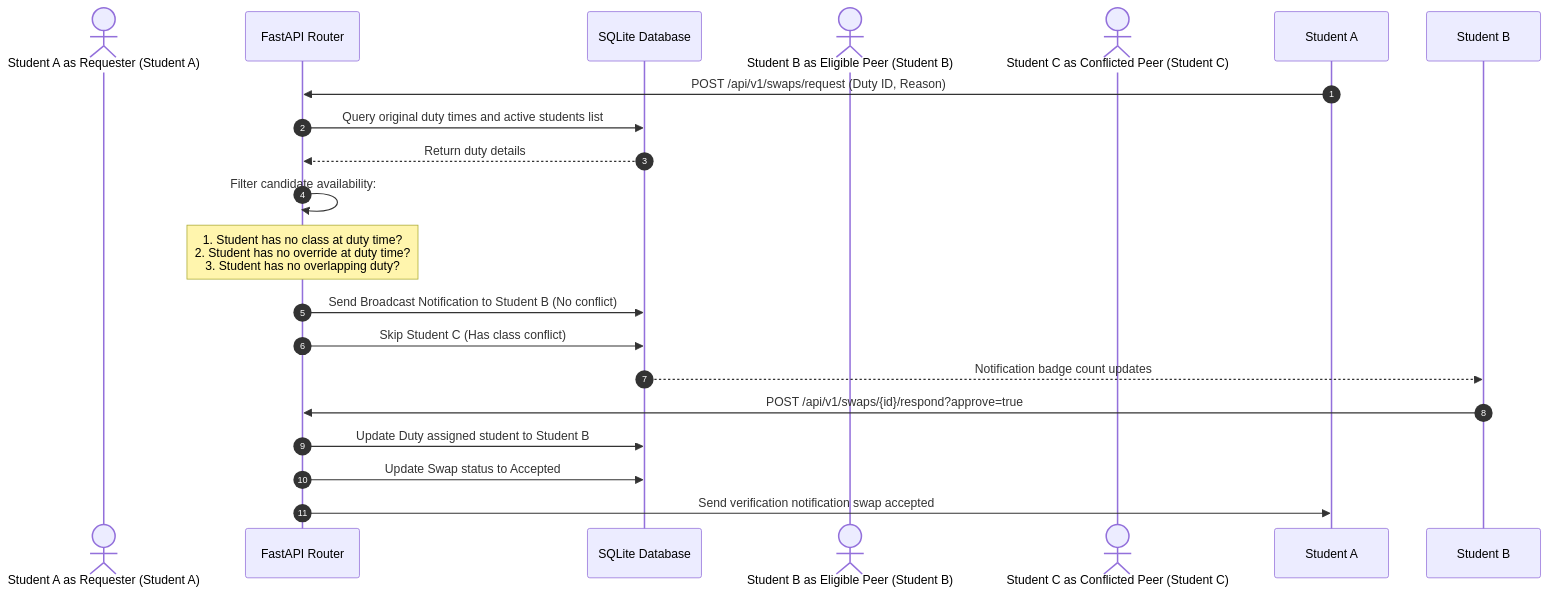
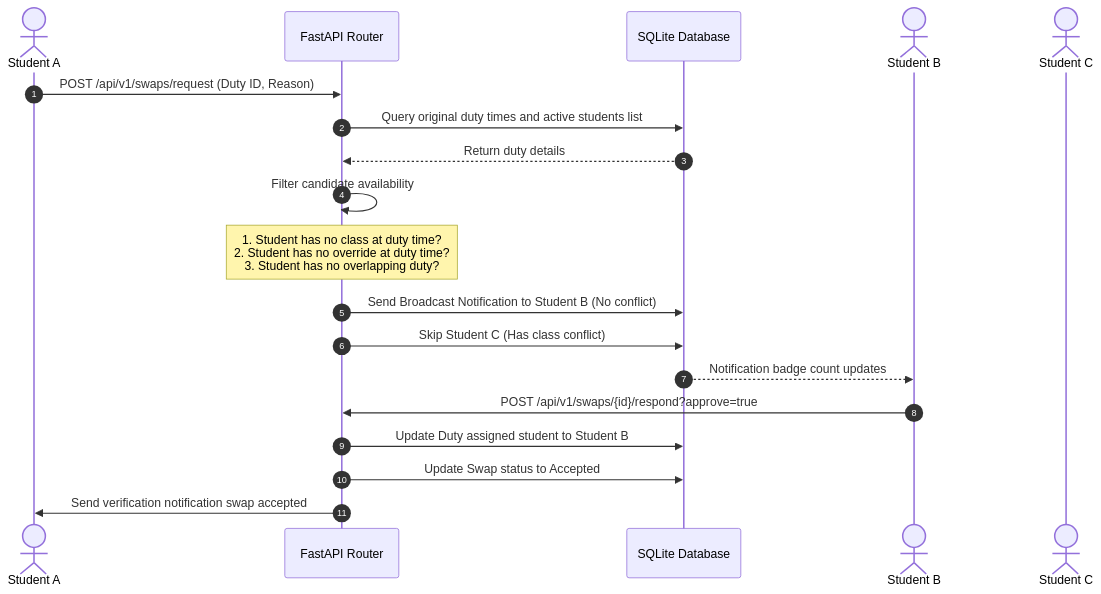
One commit to zaid-fahad/CSE451-SoftwareEngineering-SoDManagementSystem changed the fourth of 4 diagrams in docs/29-agile-project-plan-and-architecture.md. Above: the diagram before and after it, drawn with Mermaid. The commit also changed other lines of this file, not shown here.

Commit message:
docs: fix Mermaid syntax in 29-agile-project-plan-and-architecture.md

````diff
--- a/docs/29-agile-project-plan-and-architecture.md
+++ b/docs/29-agile-project-plan-and-architecture.md
@@ -139,22 +139,22 @@
 ```mermaid
 sequenceDiagram
     autonumber
-    actor Student A as Requester (Student A)
+    actor A as Student A
     participant API as FastAPI Router
     participant DB as SQLite Database
-    actor Student B as Eligible Peer (Student B)
-    actor Student C as Conflicted Peer (Student C)
+    actor B as Student B
+    actor C as Student C
 
-    Student A->>API: POST /api/v1/swaps/request (Duty ID, Reason)
+    A->>API: POST /api/v1/swaps/request (Duty ID, Reason)
     API->>DB: Query original duty times and active students list
     DB-->>API: Return duty details
-    API->>API: Filter candidate availability:
+    API->>API: Filter candidate availability
     Note over API: 1. Student has no class at duty time?<br/>2. Student has no override at duty time?<br/>3. Student has no overlapping duty?
     API->>DB: Send Broadcast Notification to Student B (No conflict)
     API->>DB: Skip Student C (Has class conflict)
-    DB-->>Student B: Notification badge count updates
-    Student B->>API: POST /api/v1/swaps/{id}/respond?approve=true
+    DB-->>B: Notification badge count updates
+    B->>API: POST /api/v1/swaps/{id}/respond?approve=true
     API->>DB: Update Duty assigned student to Student B
     API->>DB: Update Swap status to Accepted
-    API->>Student A: Send verification notification swap accepted
+    API->>A: Send verification notification swap accepted
 ```
````
